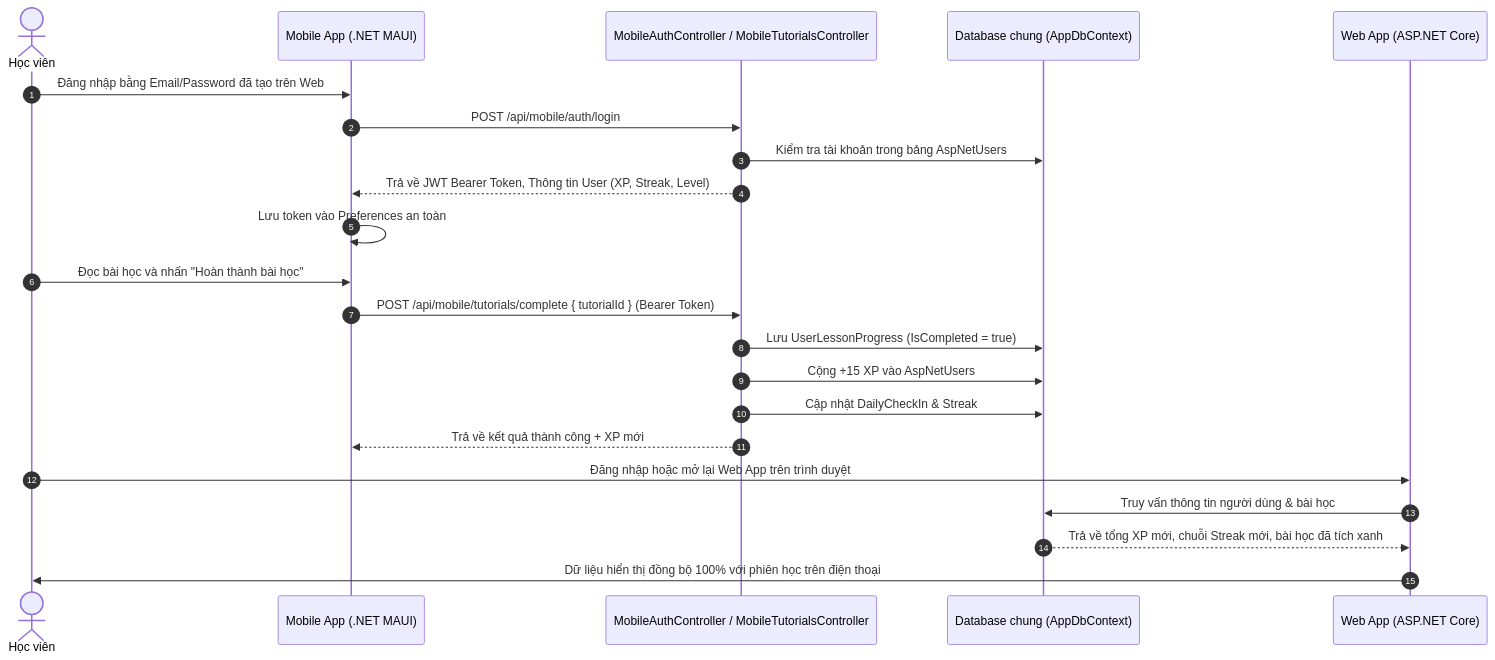
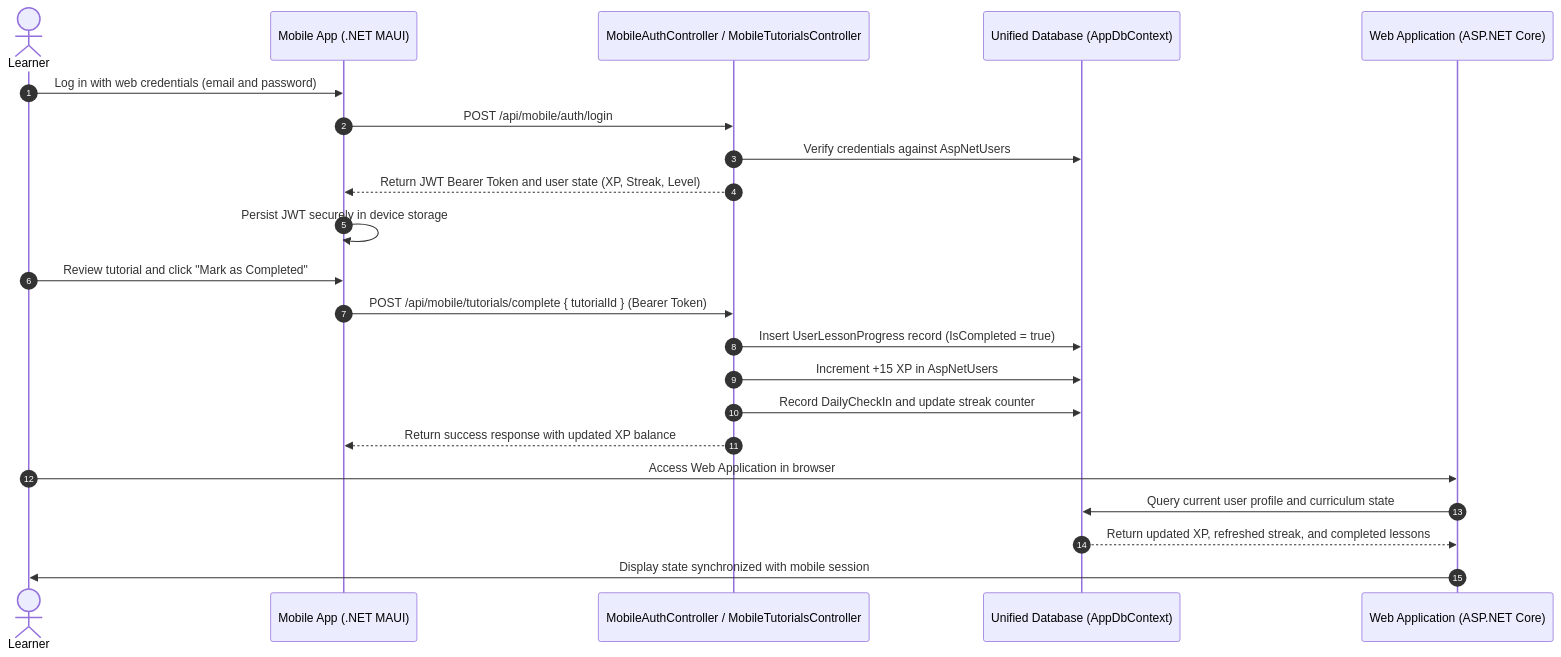
Before and after one commit to KaitoDeus/NET-Tutos: the fourth of 4 diagrams in docs/02_system_architecture_overview.md, drawn with Mermaid. The commit also changed other lines of this file and 5 other files, not shown here.

````diff
--- a/docs/02_system_architecture_overview.md
+++ b/docs/02_system_architecture_overview.md
@@ -168,27 +169,27 @@
 ```mermaid
 sequenceDiagram
     autonumber
-    actor HọcViên as Học viên
+    actor Learner as Learner
     participant Mobile as Mobile App (.NET MAUI)
     participant MobileApi as MobileAuthController / MobileTutorialsController
-    participant DB as Database chung (AppDbContext)
-    participant Web as Web App (ASP.NET Core)
+    participant DB as Unified Database (AppDbContext)
+    participant Web as Web Application (ASP.NET Core)
 
-    HọcViên->>Mobile: Đăng nhập bằng Email/Password đã tạo trên Web
+    Learner->>Mobile: Log in with web credentials (email and password)
     Mobile->>MobileApi: POST /api/mobile/auth/login
-    MobileApi->>DB: Kiểm tra tài khoản trong bảng AspNetUsers
-    MobileApi-->>Mobile: Trả về JWT Bearer Token, Thông tin User (XP, Streak, Level)
-    Mobile->>Mobile: Lưu token vào Preferences an toàn
+    MobileApi->>DB: Verify credentials against AspNetUsers
+    MobileApi-->>Mobile: Return JWT Bearer Token and user state (XP, Streak, Level)
+    Mobile->>Mobile: Persist JWT securely in device storage
     
-    HọcViên->>Mobile: Đọc bài học và nhấn "Hoàn thành bài học"
+    Learner->>Mobile: Review tutorial and click "Mark as Completed"
     Mobile->>MobileApi: POST /api/mobile/tutorials/complete { tutorialId } (Bearer Token)
-    MobileApi->>DB: Lưu UserLessonProgress (IsCompleted = true)
-    MobileApi->>DB: Cộng +15 XP vào AspNetUsers
-    MobileApi->>DB: Cập nhật DailyCheckIn & Streak
-    MobileApi-->>Mobile: Trả về kết quả thành công + XP mới
+    MobileApi->>DB: Insert UserLessonProgress record (IsCompleted = true)
+    MobileApi->>DB: Increment +15 XP in AspNetUsers
+    MobileApi->>DB: Record DailyCheckIn and update streak counter
+    MobileApi-->>Mobile: Return success response with updated XP balance
     
-    HọcViên->>Web: Đăng nhập hoặc mở lại Web App trên trình duyệt
-    Web->>DB: Truy vấn thông tin người dùng & bài học
-    DB-->>Web: Trả về tổng XP mới, chuỗi Streak mới, bài học đã tích xanh
-    Web->>HọcViên: Dữ liệu hiển thị đồng bộ 100% với phiên học trên điện thoại
+    Learner->>Web: Access Web Application in browser
+    Web->>DB: Query current user profile and curriculum state
+    DB-->>Web: Return updated XP, refreshed streak, and completed lessons
+    Web->>Learner: Display state synchronized with mobile session
 ```
````
